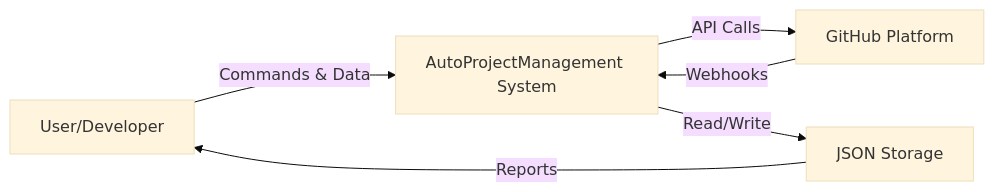
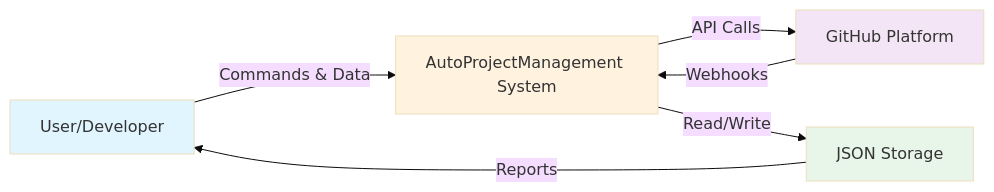
The seventh of 12 diagrams in README.md (Shakour-Data/AutoProjectManagement), drawn with Mermaid (base theme) before and after one commit. The commit also changed other lines of this file, not shown here.

Commit message:
`Update README and diagrams to reflect changes in project workflow and architecture`

````diff
--- a/README.md
+++ b/README.md
@@ -132,13 +156,18 @@
 ```mermaid
 graph LR
     User[User/Developer]
     System[AutoProjectManagement System]
     GitHub[GitHub Platform]
     Storage[JSON Storage]
     
     User -->|Commands & Data| System
     System -->|API Calls| GitHub
     System -->|Read/Write| Storage
     GitHub -->|Webhooks| System
     Storage -->|Reports| User
+    
+    style User fill:#e1f5fe
+    style System fill:#fff3e0
+    style GitHub fill:#f3e5f5
+    style Storage fill:#e8f5e9
 ```
````
